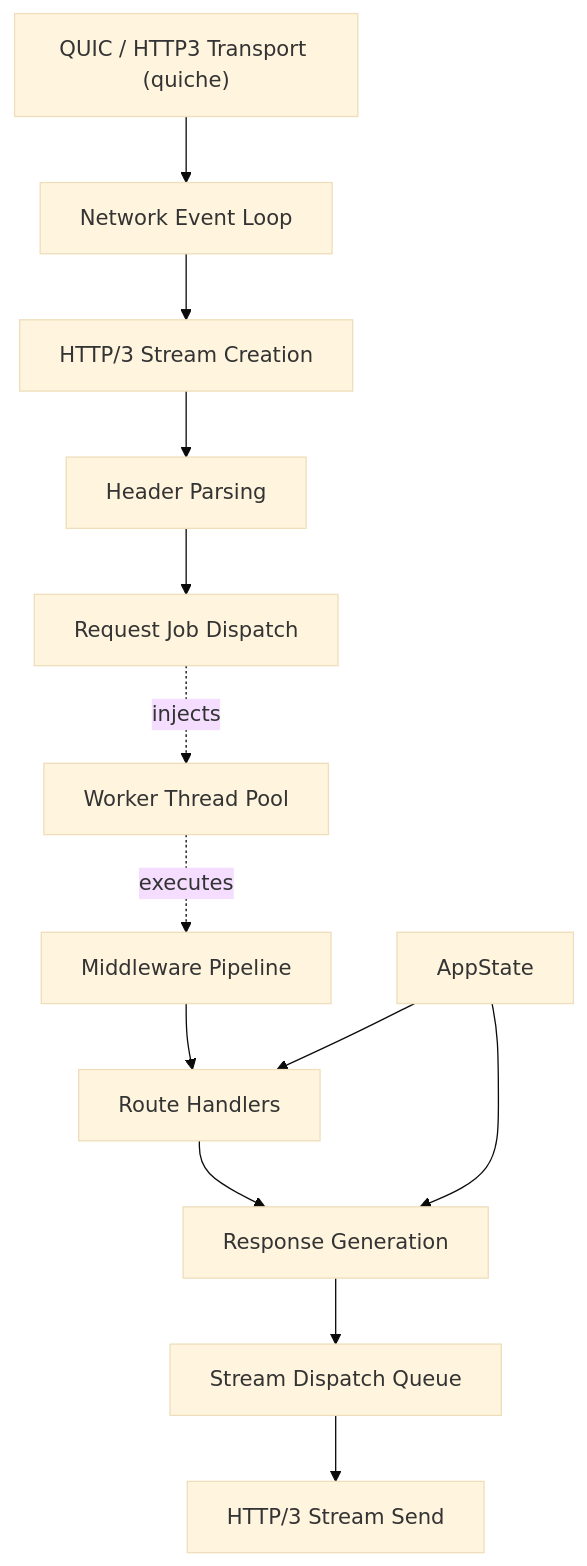
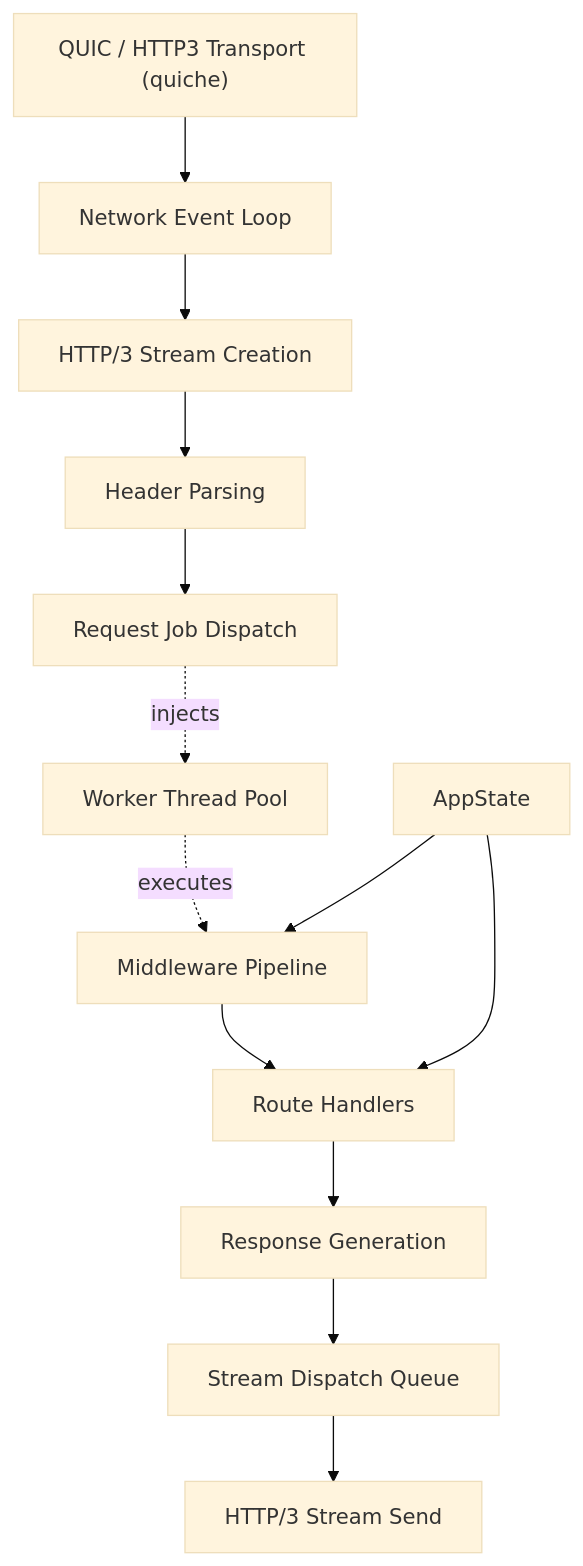
Before and after one commit to Cm3lp8/faces_http3_server: the second of 2 diagrams in README.md, drawn with Mermaid (base theme).

````diff
--- a/README.md
+++ b/README.md
@@ -59,25 +59,25 @@
 ```mermaid
 flowchart TD
     A["QUIC / HTTP3 Transport (quiche)"] --> B["Network Event Loop"]
 
     B --> C["HTTP/3 Stream Creation"]
 
     C --> D["Header Parsing"]
 
     D --> E["Request Job Dispatch"]
     
 
     F["Worker Thread Pool"] 
 
     F -. executes.-> G["Middleware Pipeline"]
     E -. injects.-> F
     G --> H["Route Handlers"]
 
     H --> I["Response Generation"]
 
     I --> J["Stream Dispatch Queue"]
 
     J --> K["HTTP/3 Stream Send"]
-    L["AppState"] --> I
+    L["AppState"] --> G
     L --> H
 ``` 
````
